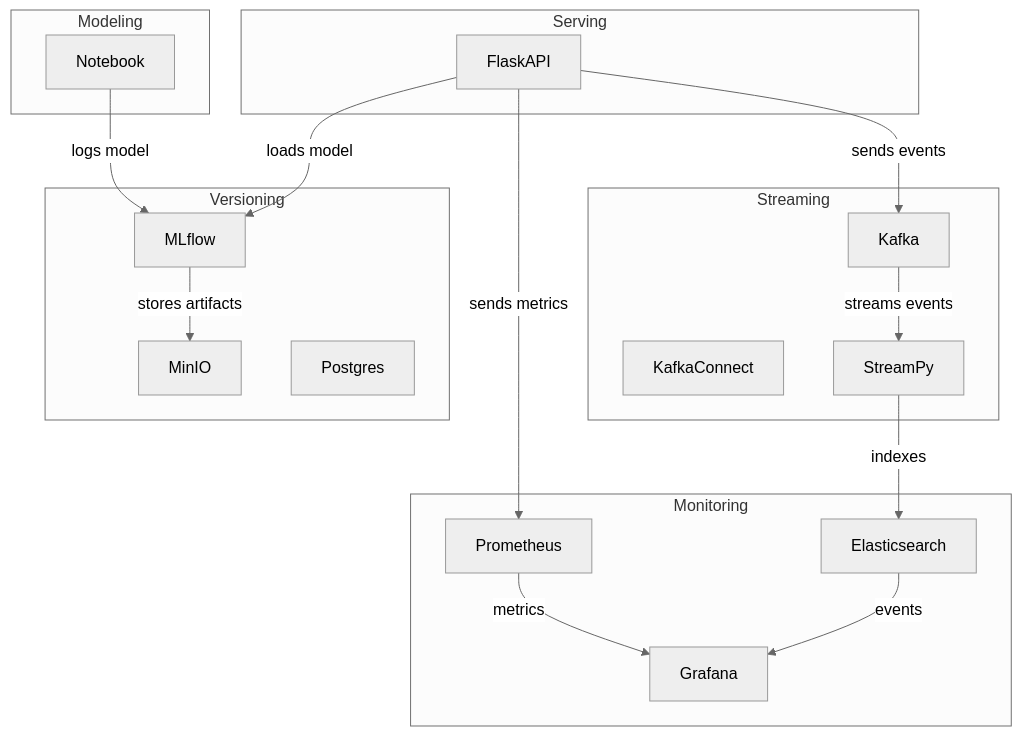
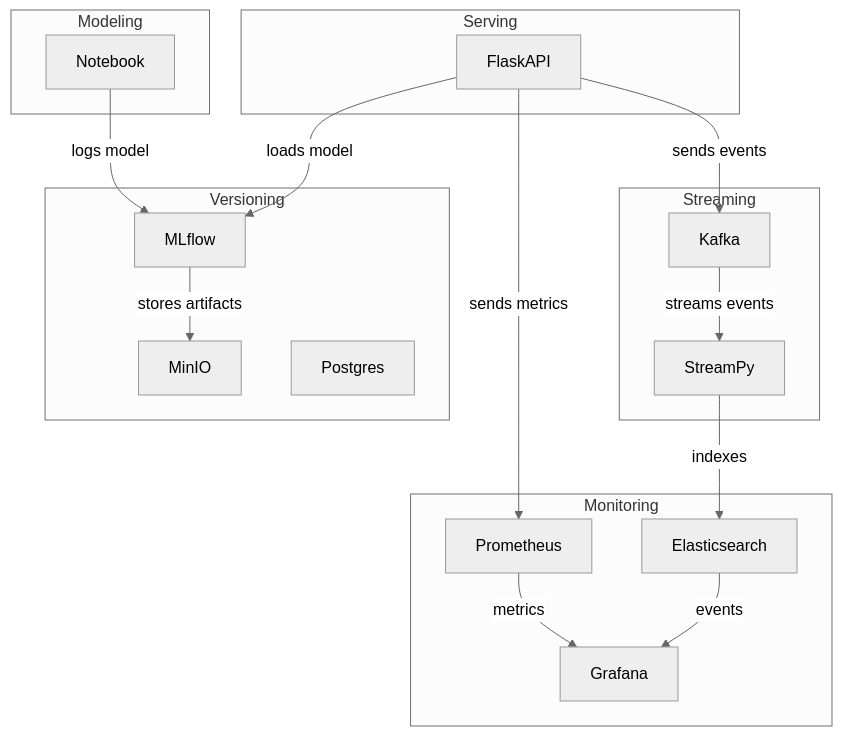
Before and after one commit to matheusvt2/model-serving-and-monitoring: the diagram in README.md, drawn with Mermaid (neutral theme). The commit also changed 4 other files, not shown here.

````diff
--- a/README.md
+++ b/README.md
@@ -27,34 +27,33 @@
 ```mermaid
 graph TD
     subgraph Versioning
         MLflow
         MinIO
         Postgres
     end
     subgraph Modeling
         Notebook
     end
     subgraph Serving
         FlaskAPI
     end
     subgraph Streaming
         Kafka
-        KafkaConnect
         StreamPy
     end
     subgraph Monitoring
         Prometheus
         Grafana
         Elasticsearch
     end
 
     Notebook-->|logs model|MLflow
     MLflow-->|stores artifacts|MinIO
     FlaskAPI-->|loads model|MLflow
     FlaskAPI-->|sends metrics|Prometheus
     FlaskAPI-->|sends events|Kafka
     Kafka-->|streams events|StreamPy
     StreamPy-->|indexes|Elasticsearch
     Prometheus-->|metrics|Grafana
     Elasticsearch-->|events|Grafana
 ```
````
